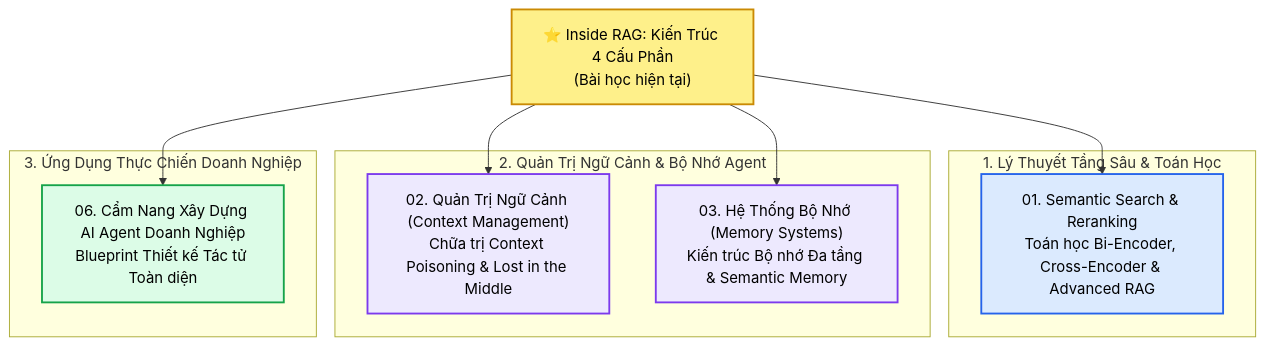
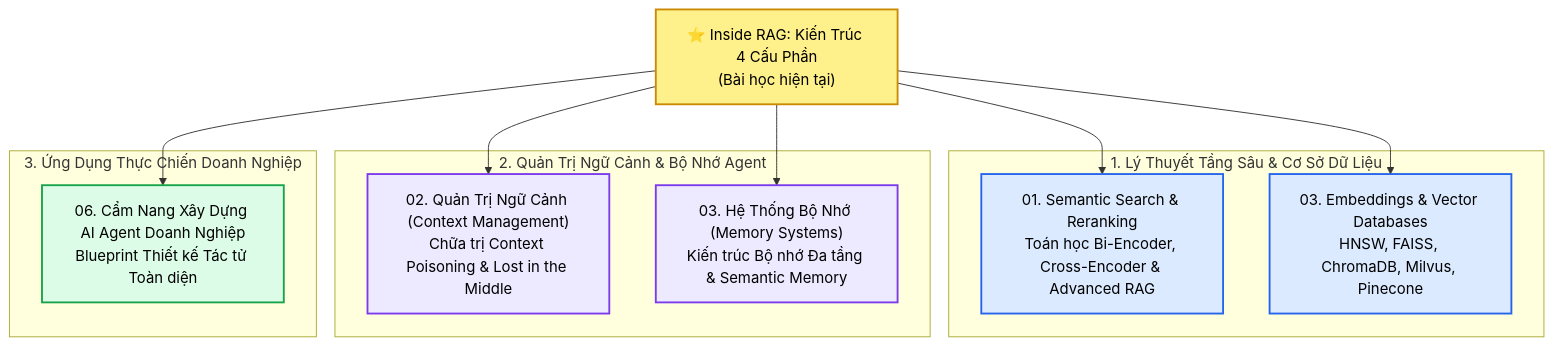
Diagram 21 of 21 in 01-research-and-foundations/03-semantic-search/02_rag_architecture_and_components.md (LeNguyenHaiDuong/agent_course), drawn with Mermaid before and after one commit. The commit also changed other lines of this file and 3 other files, not shown here.

Commit message:
feat(semantic-search): add 03_embeddings_and_vector_databases.md covering embeddings role, HNSW indexing, and vector DB comparison

````diff
--- a/01-research-and-foundations/03-semantic-search/02_rag_architecture_and_components.md
+++ b/01-research-and-foundations/03-semantic-search/02_rag_architecture_and_components.md
@@ -1042,28 +1042,31 @@
 ```mermaid
 flowchart TD
     CurrentNode["⭐ Inside RAG: Kiến Trúc 4 Cấu Phần<br>(Bài học hiện tại)"]
 
-    subgraph DeepDive1["1. Lý Thuyết Tầng Sâu & Toán Học"]
+    subgraph DeepDive1["1. Lý Thuyết Tầng Sâu & Cơ Sở Dữ Liệu"]
         SS_Note["01. Semantic Search & Reranking<br>Toán học Bi-Encoder, Cross-Encoder & Advanced RAG"]
+        VDB_Note["03. Embeddings & Vector Databases<br>HNSW, FAISS, ChromaDB, Milvus, Pinecone"]
     end
 
     subgraph DeepDive2["2. Quản Trị Ngữ Cảnh & Bộ Nhớ Agent"]
         Ctx_Note["02. Quản Trị Ngữ Cảnh (Context Management)<br>Chữa trị Context Poisoning & Lost in the Middle"]
         Mem_Note["03. Hệ Thống Bộ Nhớ (Memory Systems)<br>Kiến trúc Bộ nhớ Đa tầng & Semantic Memory"]
     end
 
     subgraph DeepDive3["3. Ứng Dụng Thực Chiến Doanh Nghiệp"]
         Ent_Note["06. Cẩm Nang Xây Dựng AI Agent Doanh Nghiệp<br>Blueprint Thiết kế Tác tử Toàn diện"]
     end
 
     CurrentNode --> SS_Note
+    CurrentNode --> VDB_Note
     CurrentNode --> Ctx_Note
     CurrentNode --> Mem_Note
     CurrentNode --> Ent_Note
 
     style CurrentNode fill:#fef08a,stroke:#ca8a04,stroke-width:2px,color:#000000
     style SS_Note fill:#dbeafe,stroke:#2563eb,stroke-width:2px,color:#000000
+    style VDB_Note fill:#dbeafe,stroke:#2563eb,stroke-width:2px,color:#000000
     style Ctx_Note fill:#ede9fe,stroke:#7c3aed,stroke-width:2px,color:#000000
     style Mem_Note fill:#ede9fe,stroke:#7c3aed,stroke-width:2px,color:#000000
     style Ent_Note fill:#dcfce7,stroke:#16a34a,stroke-width:2px,color:#000000
 ```
````
